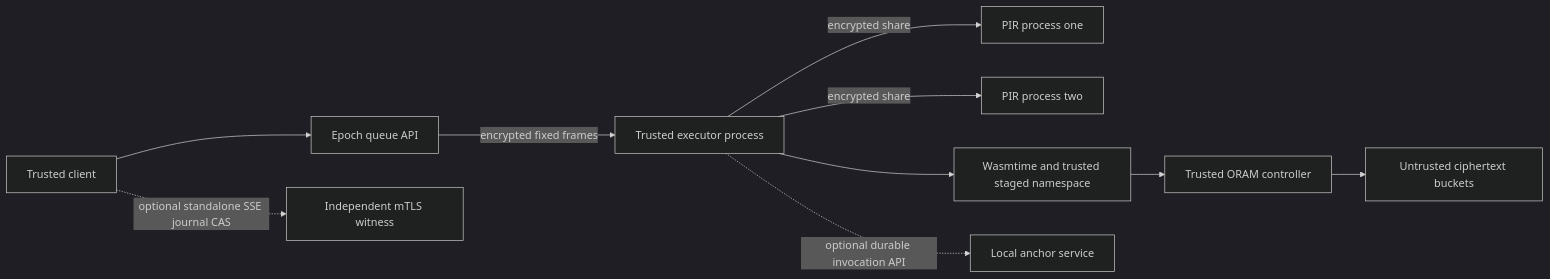
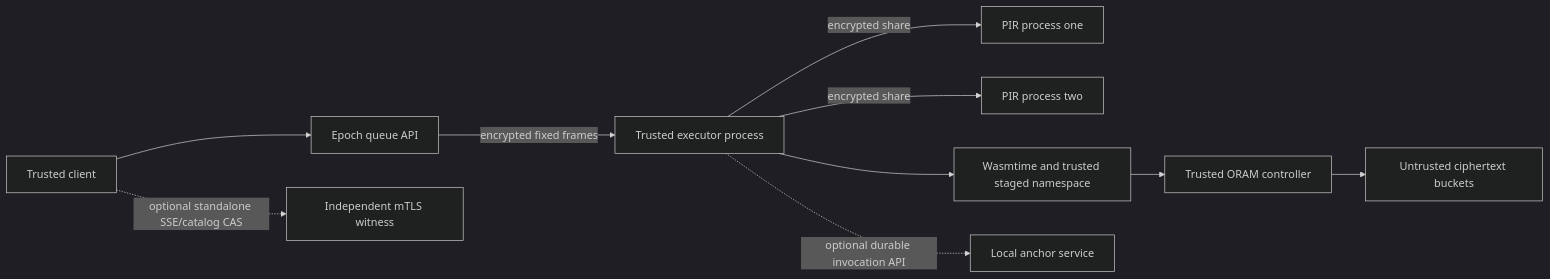
The diagram in docs/THREAT_MODEL.md (dumbly-smart/Oblivion), drawn with Mermaid (dark theme) before and after one commit. The commit also changed other lines of this file and 11 other files, not shown here.

````diff
--- a/docs/THREAT_MODEL.md
+++ b/docs/THREAT_MODEL.md
@@ -9,12 +9,12 @@
 ```mermaid
 flowchart LR
   C[Trusted client] --> Q[Epoch queue API]
   Q -->|encrypted fixed frames| E[Trusted executor process]
   E -->|encrypted share| P1[PIR process one]
   E -->|encrypted share| P2[PIR process two]
   E --> W[Wasmtime and trusted staged namespace]
   W --> O[Trusted ORAM controller]
   O --> S[Untrusted ciphertext buckets]
   E -. optional durable invocation API .-> A[Local anchor service]
-  C -. optional standalone SSE journal CAS .-> R[Independent mTLS witness]
+  C -. optional standalone SSE/catalog CAS .-> R[Independent mTLS witness]
 ```
````
